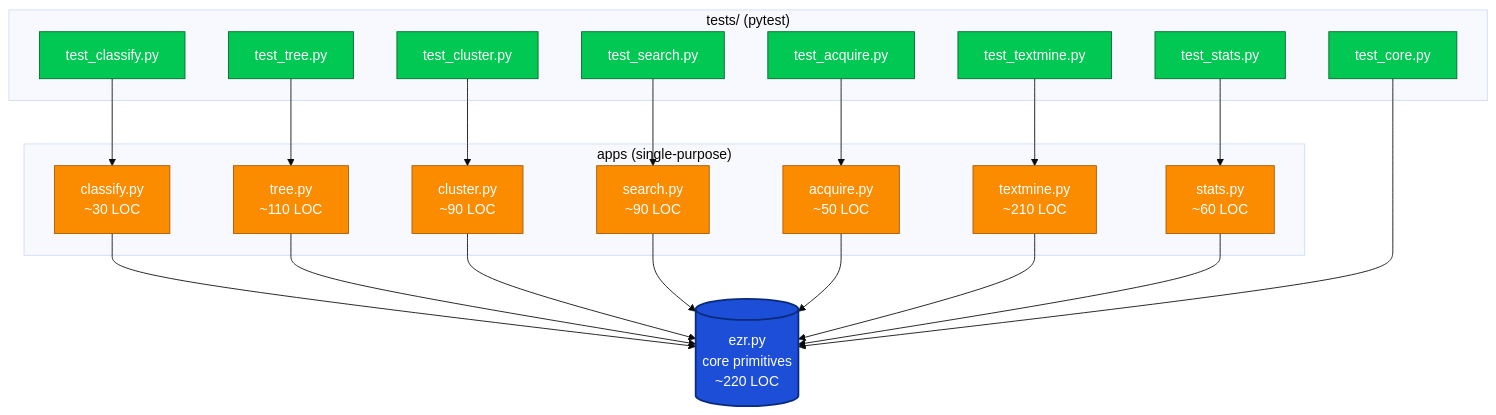
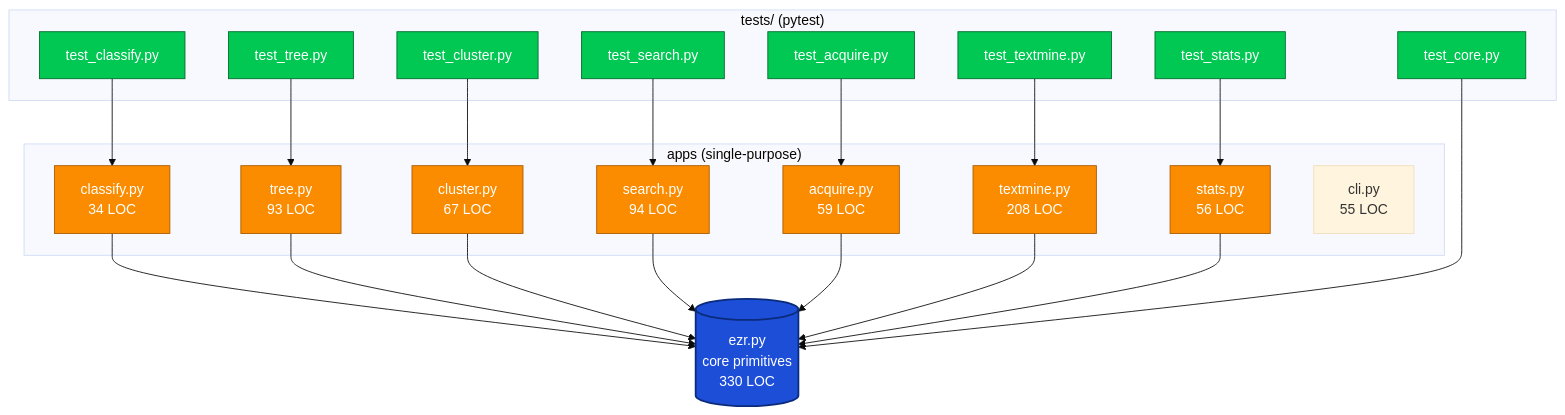
One commit to timm/ezr changed the diagram in README.md. Above: the diagram before and after it, drawn with Mermaid (base theme). The commit also changed other lines of this file and 23 other files, not shown here.

````diff
--- a/README.md
+++ b/README.md
@@ -69,49 +69,50 @@
 ```mermaid
 graph TD
   subgraph Tests["tests/ (pytest)"]
     T_core[test_core.py]
     T_classify[test_classify.py]
     T_tree[test_tree.py]
     T_cluster[test_cluster.py]
     T_search[test_search.py]
     T_acquire[test_acquire.py]
     T_textmine[test_textmine.py]
     T_stats[test_stats.py]
   end
 
   subgraph Apps["apps (single-purpose)"]
-    classify["classify.py<br/>~30 LOC"]
-    tree["tree.py<br/>~110 LOC"]
-    cluster["cluster.py<br/>~90 LOC"]
-    search["search.py<br/>~90 LOC"]
-    acquire["acquire.py<br/>~50 LOC"]
-    textmine["textmine.py<br/>~210 LOC"]
-    stats["stats.py<br/>~60 LOC"]
+    classify["classify.py<br/>34 LOC"]
+    tree["tree.py<br/>93 LOC"]
+    cluster["cluster.py<br/>67 LOC"]
+    search["search.py<br/>94 LOC"]
+    acquire["acquire.py<br/>59 LOC"]
+    textmine["textmine.py<br/>208 LOC"]
+    stats["stats.py<br/>56 LOC"]
+    cli["cli.py<br/>55 LOC"]
   end
 
-  core[("ezr.py<br/>core primitives<br/>~220 LOC")]
+  core[("ezr.py<br/>core primitives<br/>330 LOC")]
 
   classify --> core
   tree --> core
   cluster --> core
   search --> core
   acquire --> core
   textmine --> core
   stats --> core
 
   T_core --> core
   T_classify --> classify
   T_tree --> tree
   T_cluster --> cluster
   T_search --> search
   T_acquire --> acquire
   T_textmine --> textmine
   T_stats --> stats
 
   classDef coreStyle fill:#1D4ED8,color:#fff,stroke:#0A2A7A,stroke-width:2px
   classDef appStyle fill:#FB8C00,color:#fff,stroke:#A85A00
   classDef testStyle fill:#00C853,color:#fff,stroke:#006B29
   class core coreStyle
   class classify,tree,cluster,search,acquire,textmine,stats appStyle
   class T_core,T_classify,T_tree,T_cluster,T_search,T_acquire,T_textmine,T_stats testStyle
 ```
````
